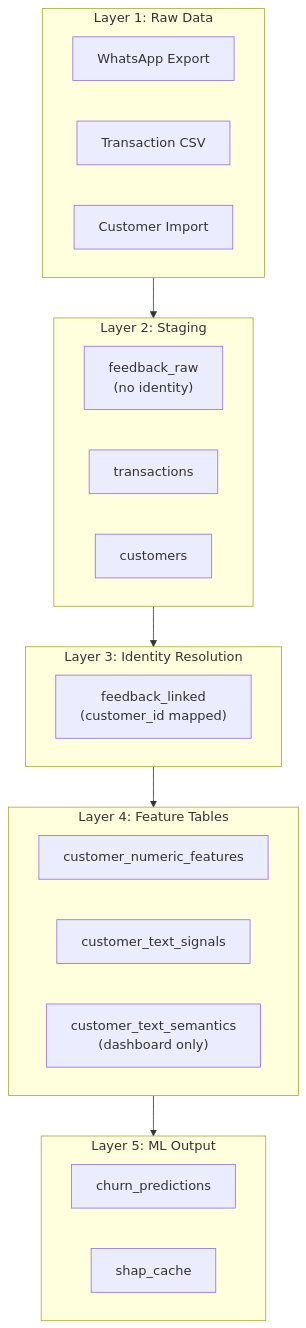
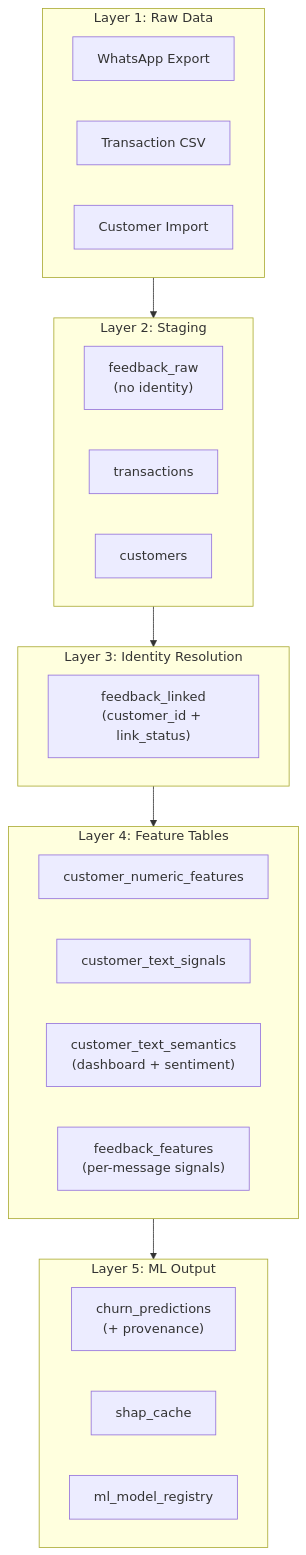
Before and after one commit to adamsafril19/Customer-Analitycs--Mamina-: the ninth of 15 diagrams in DOKUMENTASI_SISTEM.md, drawn with Mermaid. The commit also changed other lines of this file and 21 other files, not shown here.

Commit message:
feat: implement full-stack customer churn analytics and detail dashboard interface

````diff
--- a/DOKUMENTASI_SISTEM.md
+++ b/DOKUMENTASI_SISTEM.md
@@ -463,39 +741,41 @@
 ```mermaid
 flowchart TB
     subgraph L1["Layer 1: Raw Data"]
         direction LR
         R1["WhatsApp Export"]
         R2["Transaction CSV"]
         R3["Customer Import"]
     end
 
     subgraph L2["Layer 2: Staging"]
         direction LR
         S1["feedback_raw<br/>(no identity)"]
         S2["transactions"]
         S3["customers"]
     end
 
     subgraph L3["Layer 3: Identity Resolution"]
         direction LR
-        I1["feedback_linked<br/>(customer_id mapped)"]
+        I1["feedback_linked<br/>(customer_id + link_status)"]
     end
 
     subgraph L4["Layer 4: Feature Tables"]
         direction LR
         F1["customer_numeric_features"]
         F2["customer_text_signals"]
-        F3["customer_text_semantics<br/>(dashboard only)"]
+        F3["customer_text_semantics<br/>(dashboard + sentiment)"]
+        F4["feedback_features<br/>(per-message signals)"]
     end
 
     subgraph L5["Layer 5: ML Output"]
         direction LR
-        M1["churn_predictions"]
+        M1["churn_predictions<br/>(+ provenance)"]
         M2["shap_cache"]
+        M3["ml_model_registry"]
     end
 
     L1 --> L2
     L2 --> L3
     L3 --> L4
     L4 --> L5
 ```
````
